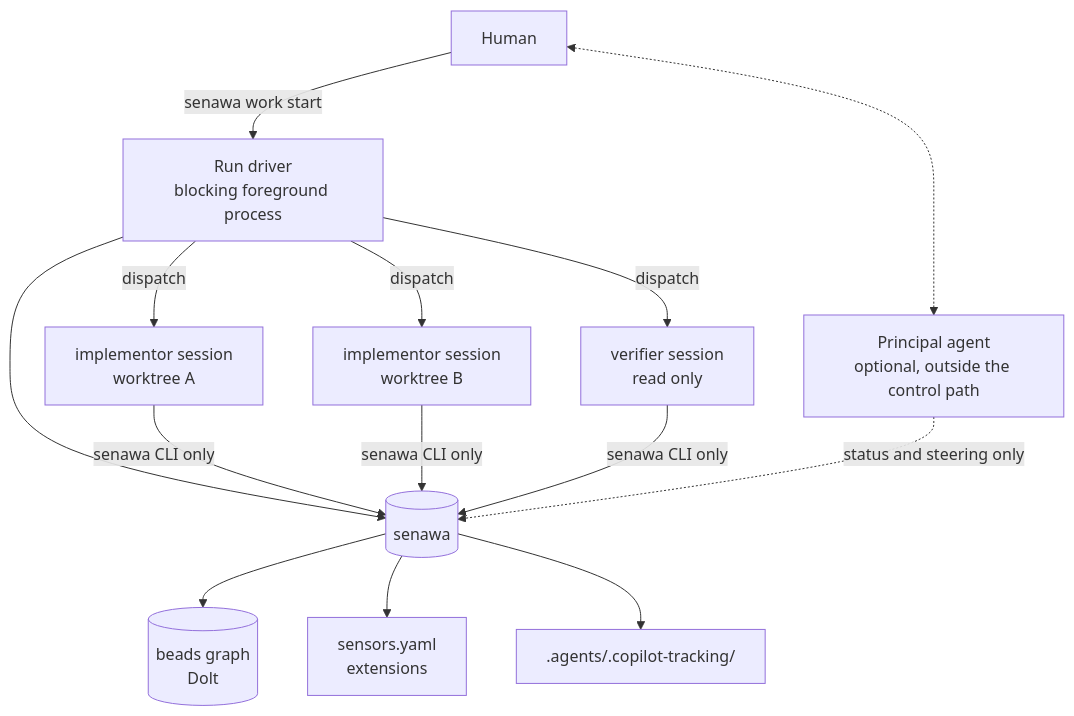
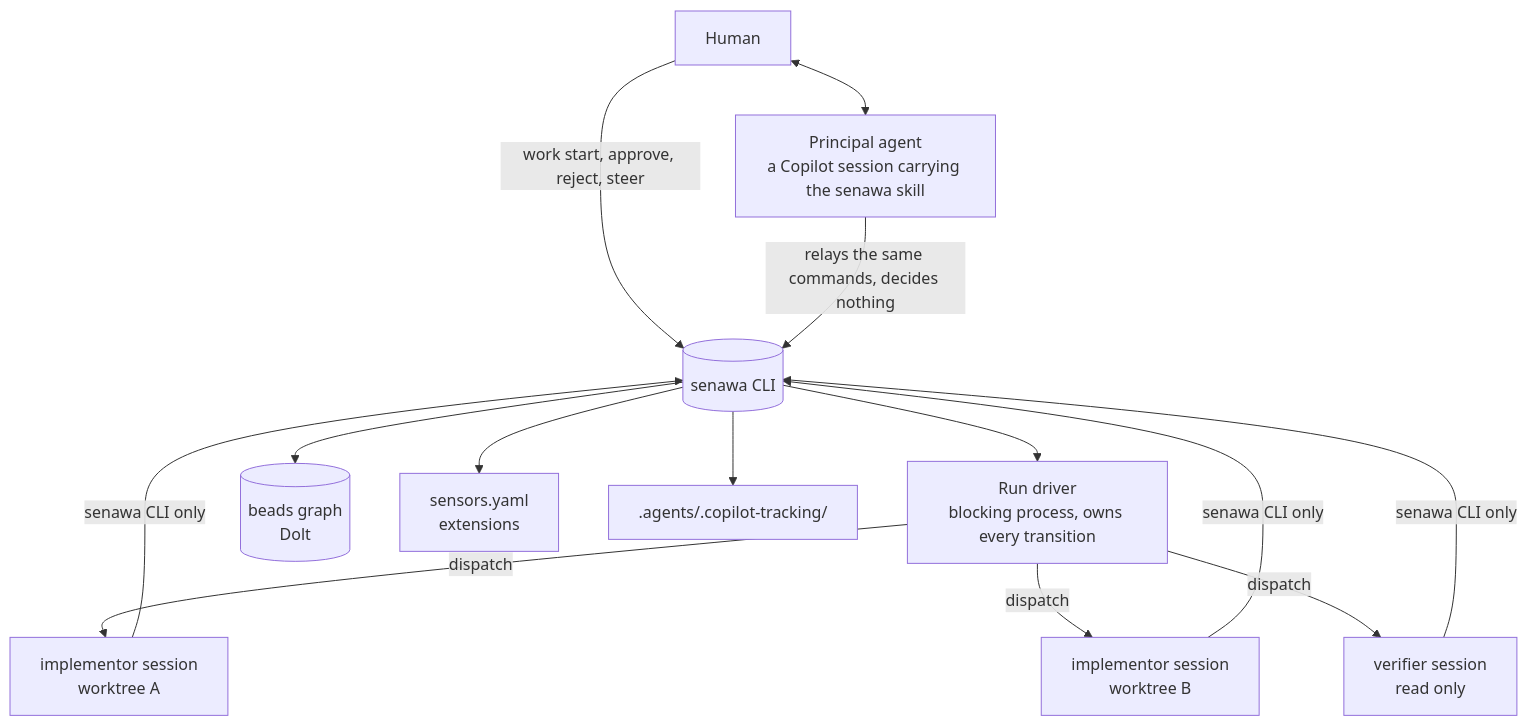
Before and after one commit to dasiths/senawa: the second of 4 diagrams in docs/design/multi-agent-orchestration.md, drawn with Mermaid. The commit also changed other lines of this file and 1 other file, not shown here.

Commit message:
docs: clarify the role of the principal agent in the orchestration design

````diff
--- a/docs/design/multi-agent-orchestration.md
+++ b/docs/design/multi-agent-orchestration.md
@@ -526,14 +537,14 @@
 ```mermaid
 flowchart TB
-    H[Human] -->|senawa work start| D[Run driver<br/>blocking foreground process]
-    D --> S[(senawa)]
+    H[Human] -->|work start, approve, reject, steer| S[(senawa CLI)]
+    H <--> PA[Principal agent<br/>a Copilot session carrying the senawa skill]
+    PA -->|relays the same commands, decides nothing| S
+    S --> D[Run driver<br/>blocking process, owns every transition]
     D -->|dispatch| W1[implementor session<br/>worktree A]
     D -->|dispatch| W2[implementor session<br/>worktree B]
     D -->|dispatch| V[verifier session<br/>read only]
     W1 & W2 & V -->|senawa CLI only| S
-    H <-.-> PA[Principal agent<br/>optional, outside the control path]
-    PA -.->|status and steering only| S
     S --> BD[(beads graph<br/>Dolt)]
     S --> SEN[sensors.yaml<br/>extensions]
     S --> FS[.agents/.copilot-tracking/]
 ```
````
